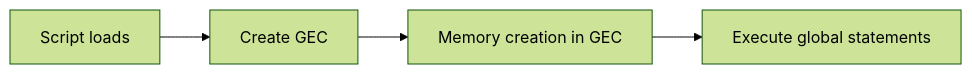
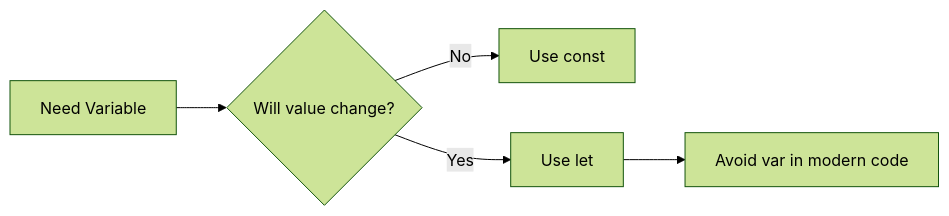
Before and after one commit to AbhishekDhone7/javascript-git-basics: the third of 16 diagrams in JavaScript-Beginners-Guide.md, drawn with Mermaid (forest theme). The commit also changed other lines of this file and 1 other file, not shown here.

````diff
--- a/JavaScript-Beginners-Guide.md
+++ b/JavaScript-Beginners-Guide.md
@@ -216,6 +214,7 @@
 ```mermaid
 flowchart LR
-A[Script loads] --> B[Create GEC]
-B --> C[Memory creation in GEC]
-C --> D[Execute global statements]
+A[Need Variable] --> B{Will value change?}
+B -- No --> C[Use const]
+B -- Yes --> D[Use let]
+D --> E[Avoid var in modern code]
 ```
````
